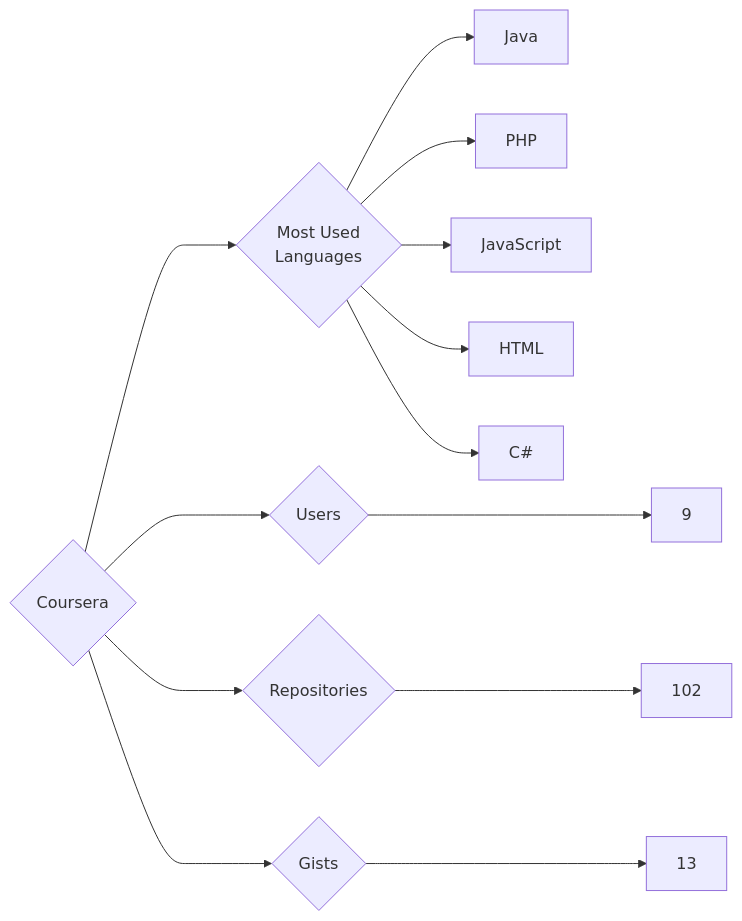
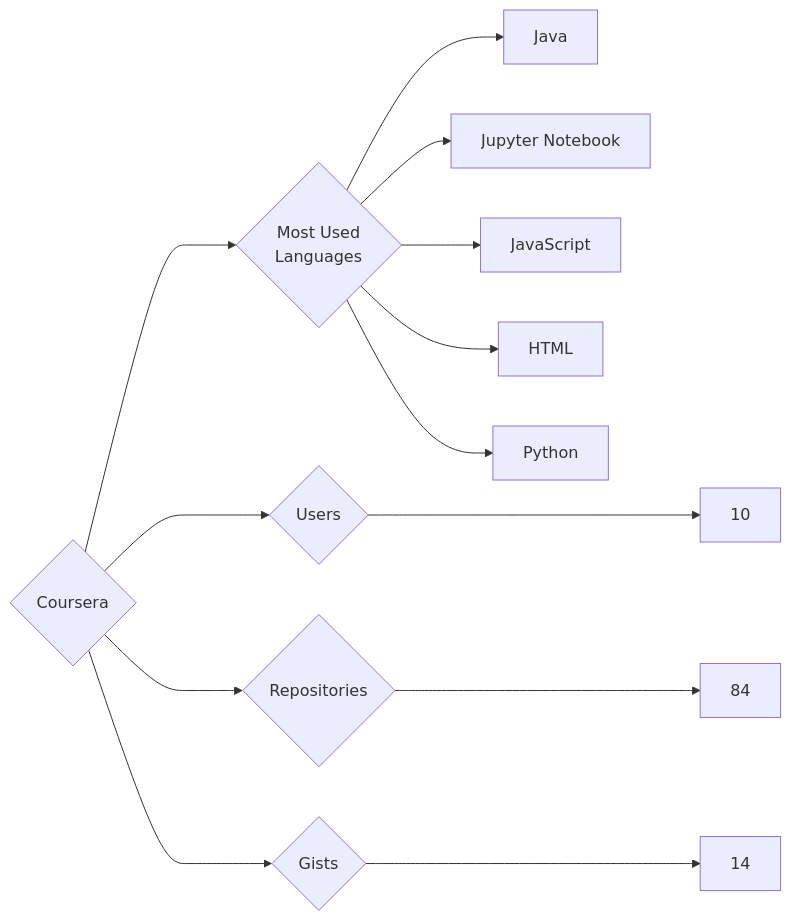
The diagram in targets/Coursera/README.md (trickest/insiders), drawn with Mermaid before and after one commit. The commit also changed 895 other files, not shown here.

````diff
--- a/targets/Coursera/README.md
+++ b/targets/Coursera/README.md
@@ -3,13 +3,13 @@
 ```mermaid
 graph LR
 COMPANY_NAME{Coursera}
-COMPANY_NAME ---> U{Users} ---> UN[9]
-COMPANY_NAME ---> R{Repositories} ---> RN[102]
-COMPANY_NAME ---> G{Gists} ---> GN[13]
+COMPANY_NAME ---> U{Users} ---> UN[10]
+COMPANY_NAME ---> R{Repositories} ---> RN[84]
+COMPANY_NAME ---> G{Gists} ---> GN[14]
 COMPANY_NAME ---> ML{Most Used<br>Languages}
 ML --> Java[Java]
-ML --> PHP[PHP]
+ML --> Jupyter_Notebook[Jupyter Notebook]
 ML --> JavaScript[JavaScript]
 ML --> HTML[HTML]
-ML --> C#[C#]
+ML --> Python[Python]
 ```
````
